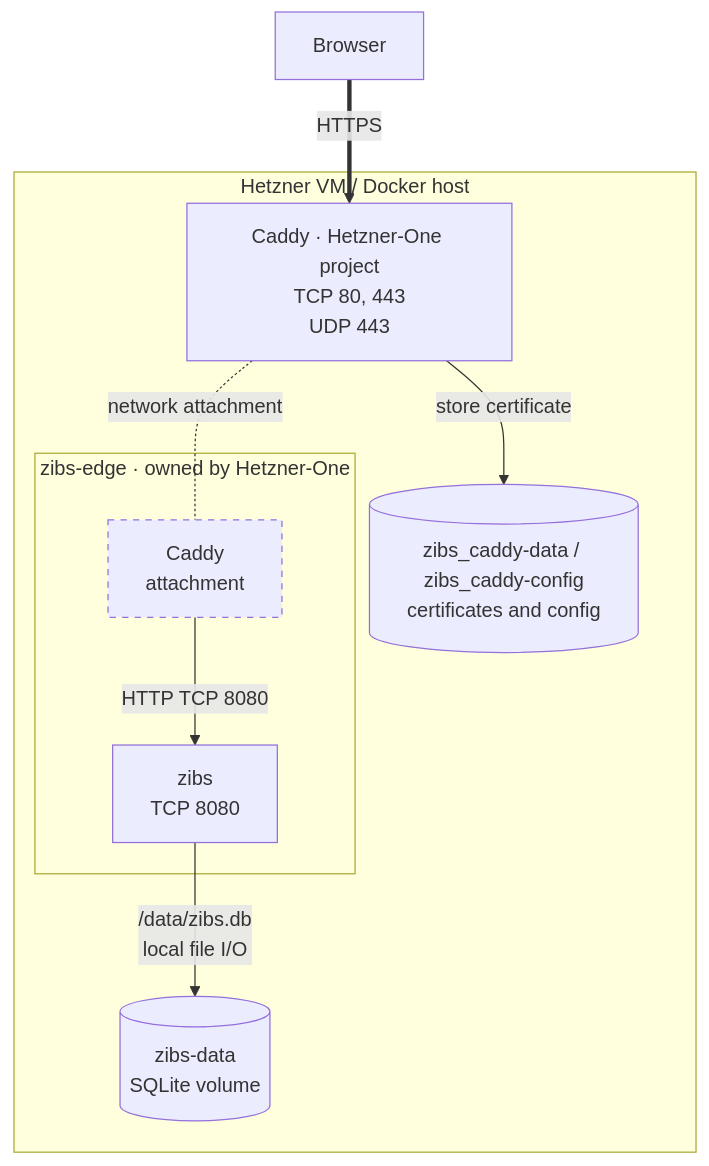
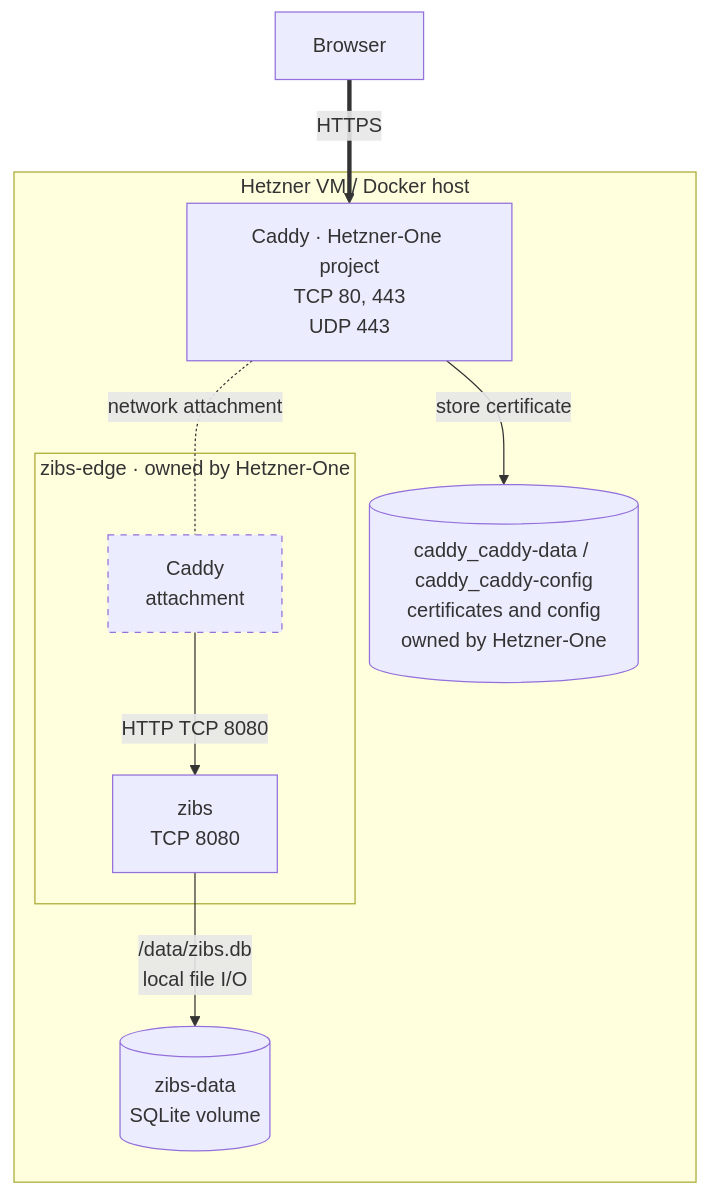
The diagram in docs/deployment-architecture.md (dvinubius/zibs), drawn with Mermaid before and after one commit. The commit also changed other lines of this file and 7 other files, not shown here.

Commit message:
hetzner-one references in docs & compose.yml

````diff
--- a/docs/deployment-architecture.md
+++ b/docs/deployment-architecture.md
@@ -9,23 +9,23 @@
 ```mermaid
 flowchart TB
     browser[Browser]
 
     subgraph host[Hetzner VM / Docker host]
-        caddyData[(zibs_caddy-data / zibs_caddy-config<br/>certificates and config)]
+        caddyData[(caddy_caddy-data / caddy_caddy-config<br/>certificates and config<br/>owned by Hetzner-One)]
         subgraph edge[zibs-edge · owned by Hetzner-One]
             caddyAppEdge[Caddy<br/>attachment]
             zibs[zibs<br/>TCP 8080]
         end
         zibsData[(zibs-data<br/>SQLite volume)]
         caddy[Caddy · Hetzner-One project<br/>TCP 80, 443<br/>UDP 443]
     end
 
     browser ==>|HTTPS| caddy
     caddy -.-|network attachment| caddyAppEdge
     caddyAppEdge -->|HTTP TCP 8080| zibs
     zibs -->|/data/zibs.db<br/>local file I/O| zibsData
     caddy -->|store certificate| caddyData
 
     classDef networkAttachment stroke-dasharray: 5 5;
     class caddyAppEdge networkAttachment;
 ```
````
